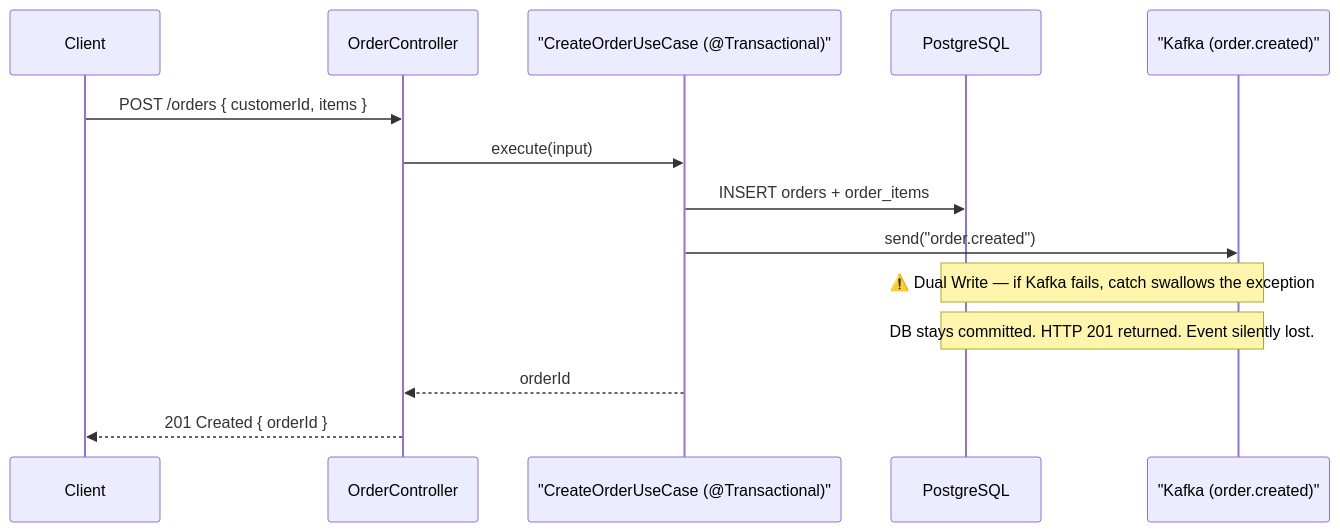
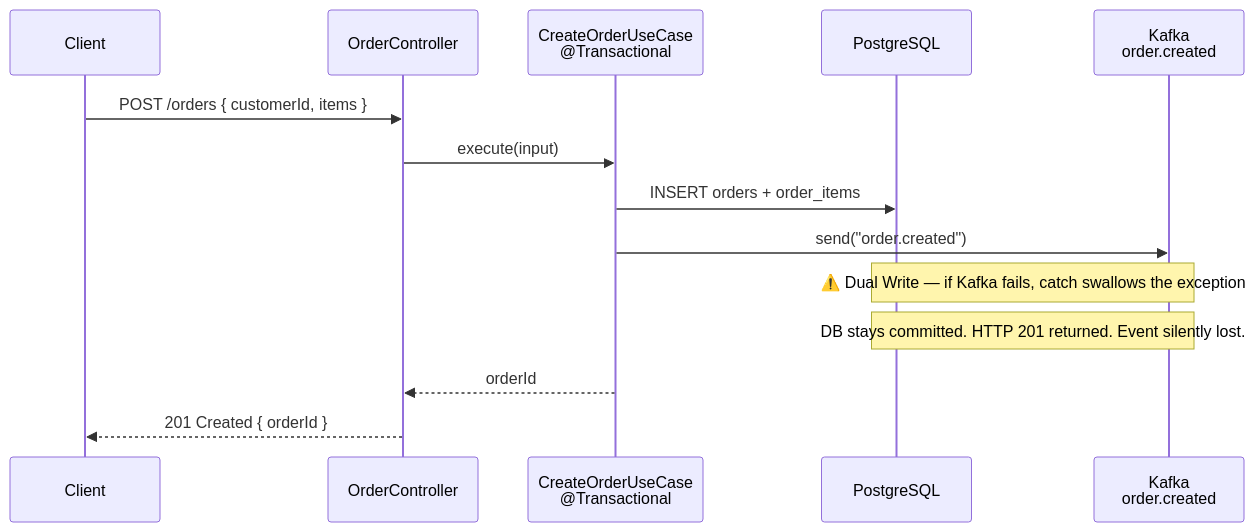
The fourth of 7 diagrams in README.md (andrelucasti/mars-enterprise-kit-lite), drawn with Mermaid before and after one commit. The commit also changed other lines of this file, not shown here.

First line of the commit message:
docs(readme): fix Mermaid sequence diagrams not rendering on GitHub

````diff
--- a/README.md
+++ b/README.md
@@ -483,17 +483,17 @@
 ```mermaid
 sequenceDiagram
     participant Client as Client
     participant API as OrderController
-    participant UC as "CreateOrderUseCase (@Transactional)"
+    participant UC as CreateOrderUseCase<br/>@Transactional
     participant DB as PostgreSQL
-    participant K as "Kafka (order.created)"
+    participant K as Kafka<br/>order.created
 
     Client->>API: POST /orders { customerId, items }
     API->>UC: execute(input)
     UC->>DB: INSERT orders + order_items
     UC->>K: send("order.created")
     Note over DB,K: ⚠️ Dual Write — if Kafka fails, catch swallows the exception
     Note over DB,K: DB stays committed. HTTP 201 returned. Event silently lost.
     UC-->>API: orderId
     API-->>Client: 201 Created { orderId }
 ```
````
